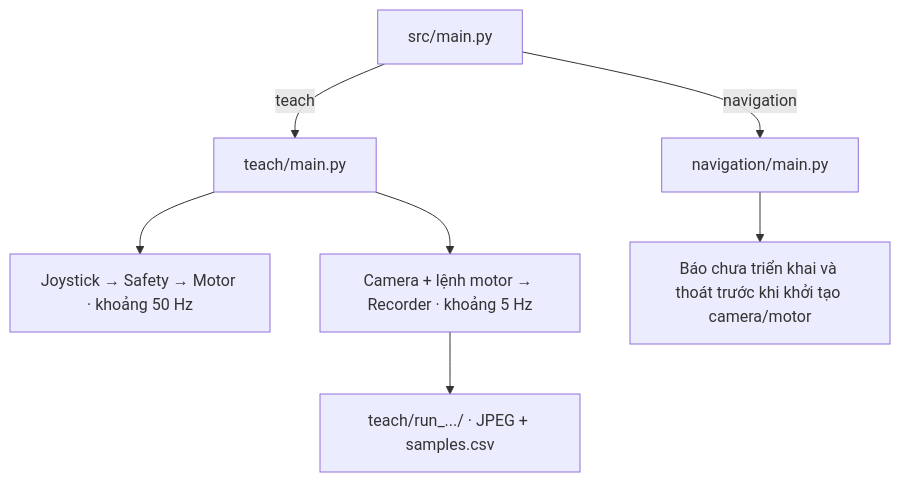
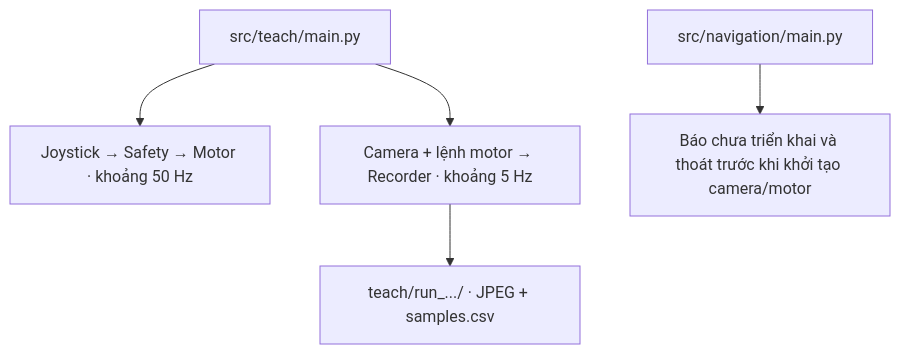
One commit to ToiLaKiet/the-patrol-jetbot changed the diagram in README.md. Above: the diagram before and after it, drawn with Mermaid. The commit also changed other lines of this file and 7 other files, not shown here.

````diff
--- a/README.md
+++ b/README.md
@@ -9,9 +11,9 @@
 ```mermaid
 flowchart TD
-    Main["src/main.py"] -->|teach| Teach["teach/main.py"]
-    Main -->|navigation| Navigation["navigation/main.py"]
+    Teach["src/teach/main.py"]
+    Navigation["src/navigation/main.py"]
     Teach --> Joystick["Joystick → Safety → Motor · khoảng 50 Hz"]
     Teach --> Recorder["Camera + lệnh motor → Recorder · khoảng 5 Hz"]
     Recorder --> Data["teach/run_.../ · JPEG + samples.csv"]
     Navigation --> Pending["Báo chưa triển khai và thoát trước khi khởi tạo camera/motor"]
 ```
````
